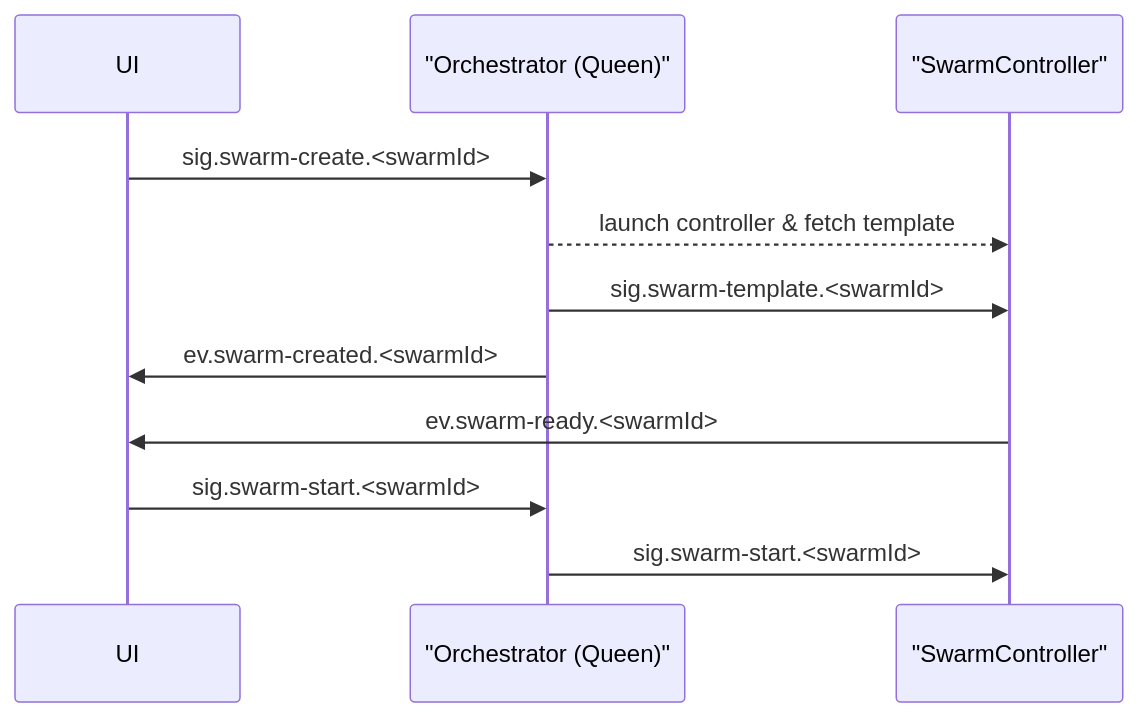
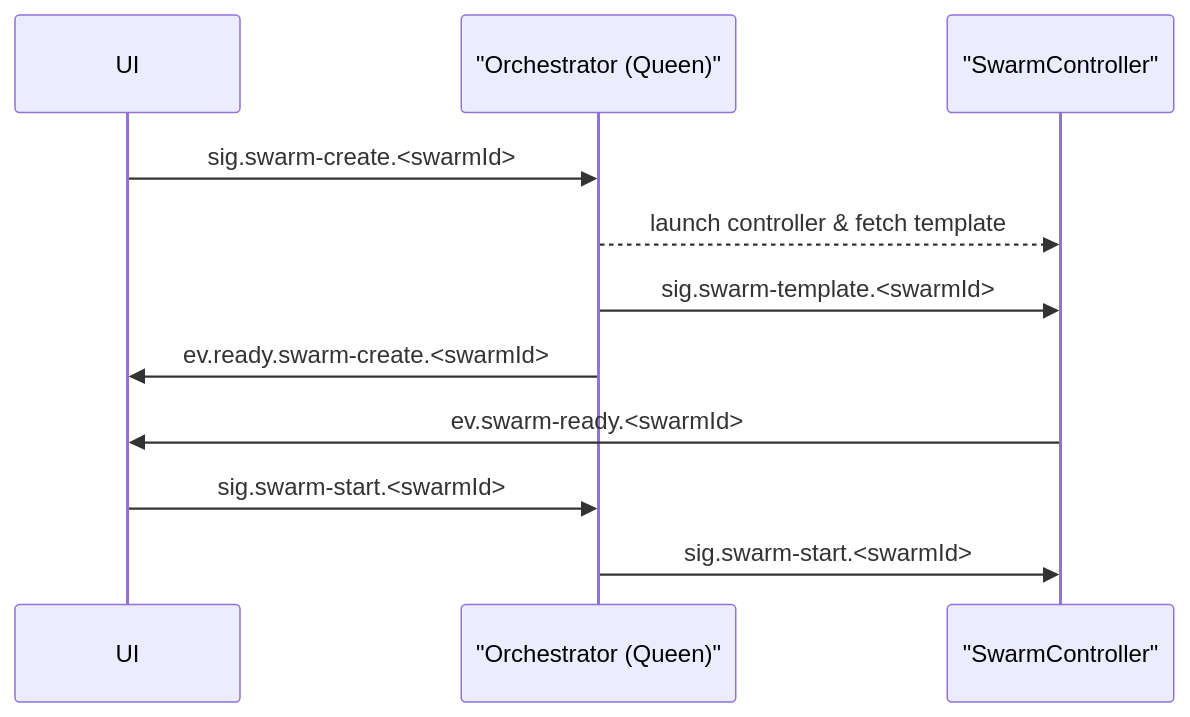
Before and after one commit to sepa79/PocketHive: the diagram in SWARM_CONTROLLER_PLAN.md, drawn with Mermaid. The commit also changed other lines of this file and 13 other files, not shown here.

````diff
--- a/SWARM_CONTROLLER_PLAN.md
+++ b/SWARM_CONTROLLER_PLAN.md
@@ -10,13 +10,13 @@
 ```mermaid
 sequenceDiagram
   participant UI
   participant QN as "Orchestrator (Queen)"
   participant SC as "SwarmController"
   UI->>QN: sig.swarm-create.<swarmId>
   QN-->>SC: launch controller & fetch template
   QN->>SC: sig.swarm-template.<swarmId>
-  QN->>UI: ev.swarm-created.<swarmId>
+  QN->>UI: ev.ready.swarm-create.<swarmId>
   SC->>UI: ev.swarm-ready.<swarmId>
   UI->>QN: sig.swarm-start.<swarmId>
   QN->>SC: sig.swarm-start.<swarmId>
 ```
````
